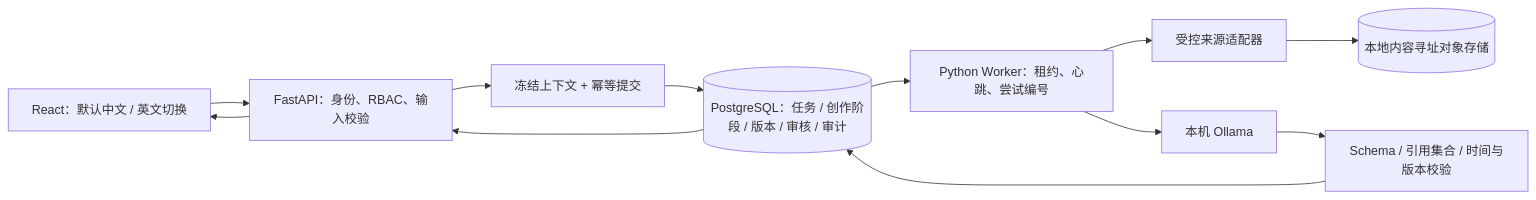
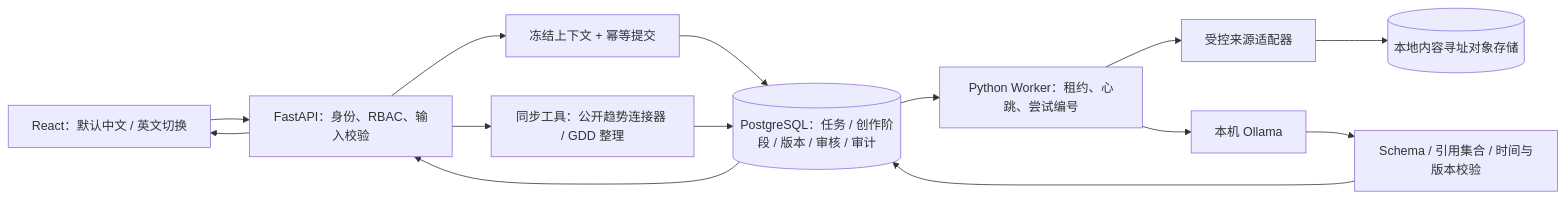
One commit to Wenqi77Zhang/GameCrafter-Agent changed the third of 6 diagrams in docs/architecture/system-architecture.md. Above: the diagram before and after it, drawn with Mermaid. The commit also changed other lines of this file and 4 other files, not shown here.

Commit message:
docs: add verified runtime and agent collaboration diagrams

````diff
--- a/docs/architecture/system-architecture.md
+++ b/docs/architecture/system-architecture.md
@@ -71,13 +92,15 @@
 ```mermaid
 flowchart LR
     UI["React：默认中文 / 英文切换"] --> API["FastAPI：身份、RBAC、输入校验"]
     API --> COMMAND["冻结上下文 + 幂等提交"]
     COMMAND --> DB[("PostgreSQL：任务 / 创作阶段 / 版本 / 审核 / 审计")]
     DB --> WORKER["Python Worker：租约、心跳、尝试编号"]
     WORKER --> SOURCE["受控来源适配器"]
     WORKER --> MODEL["本机 Ollama"]
+    API --> TOOLS["同步工具：公开趋势连接器 / GDD 整理"]
+    TOOLS --> DB
     SOURCE --> OBJECTS[("本地内容寻址对象存储")]
     MODEL --> VALIDATE["Schema / 引用集合 / 时间与版本校验"]
     VALIDATE --> DB
     DB --> API --> UI
 ```
````
